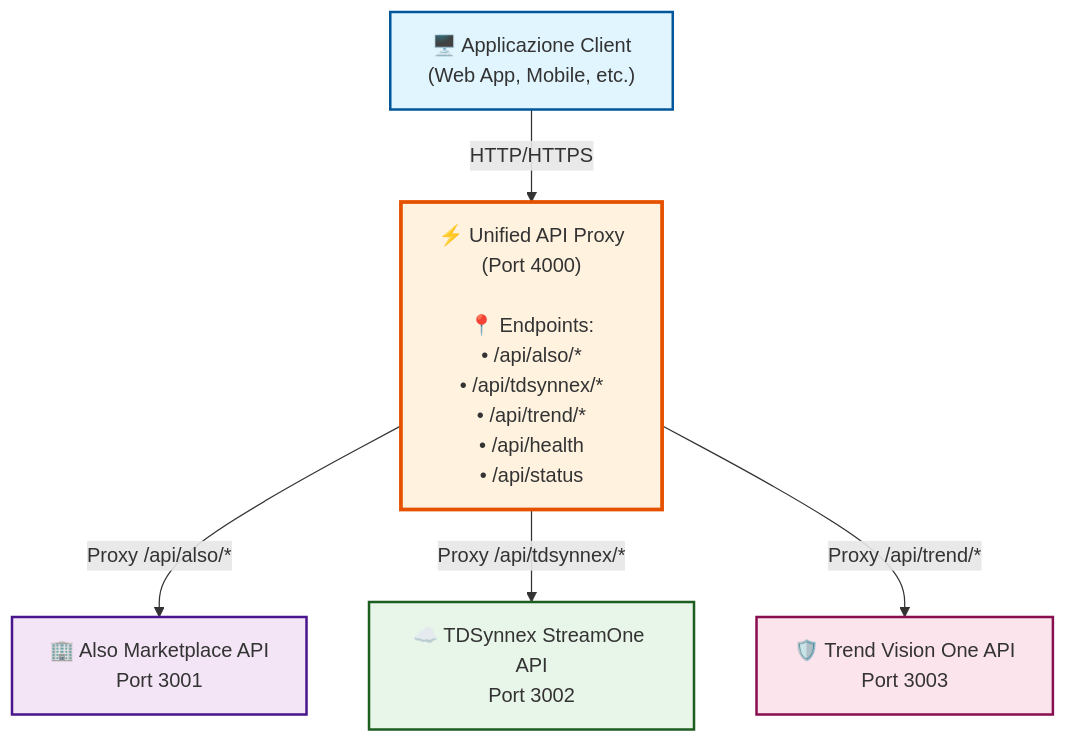
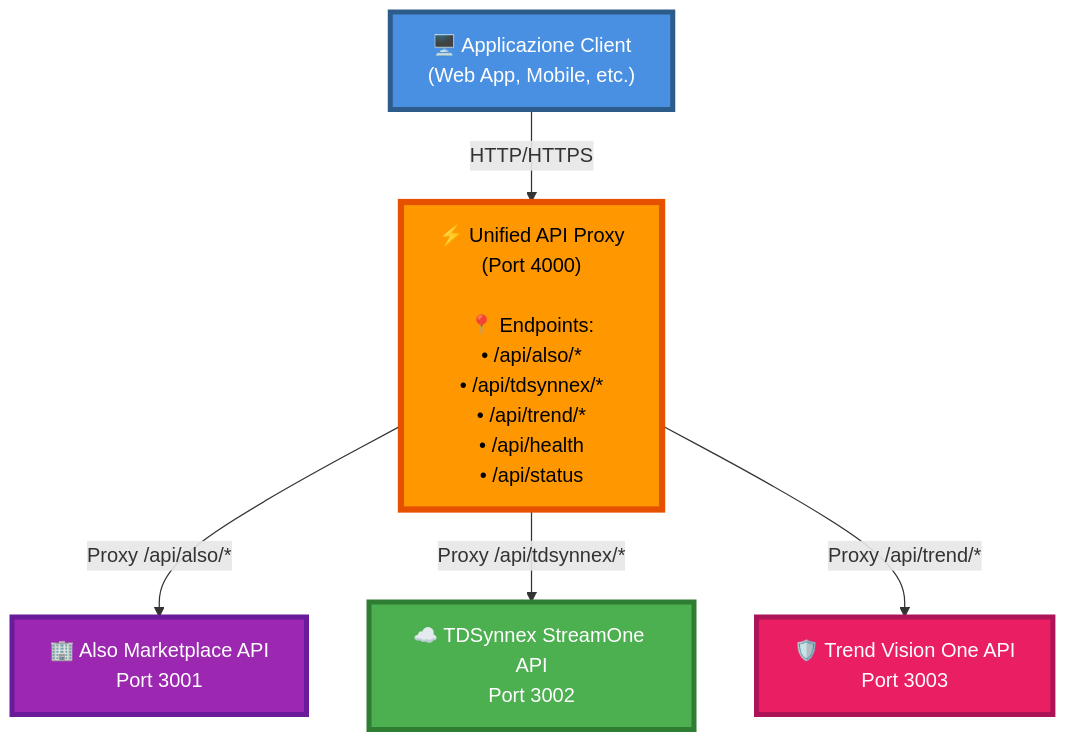
One commit to ZELA2000/Also-TDSynnex-Trend changed the diagram in Proxy/DOC/README.md. Above: the diagram before and after it, drawn with Mermaid. The commit also changed 11 other files, not shown here.

Commit message:
style: Update diagram styles across documentation for improved clarity and consistency

````diff
--- a/Proxy/DOC/README.md
+++ b/Proxy/DOC/README.md
@@ -32,21 +32,21 @@
 ```mermaid
 graph TB
     Client["🖥️ Applicazione Client<br/>(Web App, Mobile, etc.)"]
     
     Proxy["⚡ Unified API Proxy<br/>(Port 4000)<br/><br/>📍 Endpoints:<br/>• /api/also/*<br/>• /api/tdsynnex/*<br/>• /api/trend/*<br/>• /api/health<br/>• /api/status"]
     
     Also["🏢 Also Marketplace API<br/>Port 3001"]
     TDSynnex["☁️ TDSynnex StreamOne API<br/>Port 3002"]
     Trend["🛡️ Trend Vision One API<br/>Port 3003"]
     
     Client -->|HTTP/HTTPS| Proxy
     Proxy -->|Proxy /api/also/*| Also
     Proxy -->|Proxy /api/tdsynnex/*| TDSynnex
     Proxy -->|Proxy /api/trend/*| Trend
     
-    style Client fill:#e1f5ff,stroke:#01579b,stroke-width:2px
-    style Proxy fill:#fff3e0,stroke:#e65100,stroke-width:3px
-    style Also fill:#f3e5f5,stroke:#4a148c,stroke-width:2px
-    style TDSynnex fill:#e8f5e9,stroke:#1b5e20,stroke-width:2px
-    style Trend fill:#fce4ec,stroke:#880e4f,stroke-width:2px
+    style Client fill:#4A90E2,stroke:#2E5C8A,stroke-width:4px,color:#fff
+    style Proxy fill:#FF9800,stroke:#E65100,stroke-width:5px,color:#000
+    style Also fill:#9C27B0,stroke:#6A1B9A,stroke-width:4px,color:#fff
+    style TDSynnex fill:#4CAF50,stroke:#2E7D32,stroke-width:4px,color:#fff
+    style Trend fill:#E91E63,stroke:#AD1457,stroke-width:4px,color:#fff
 ```
````
